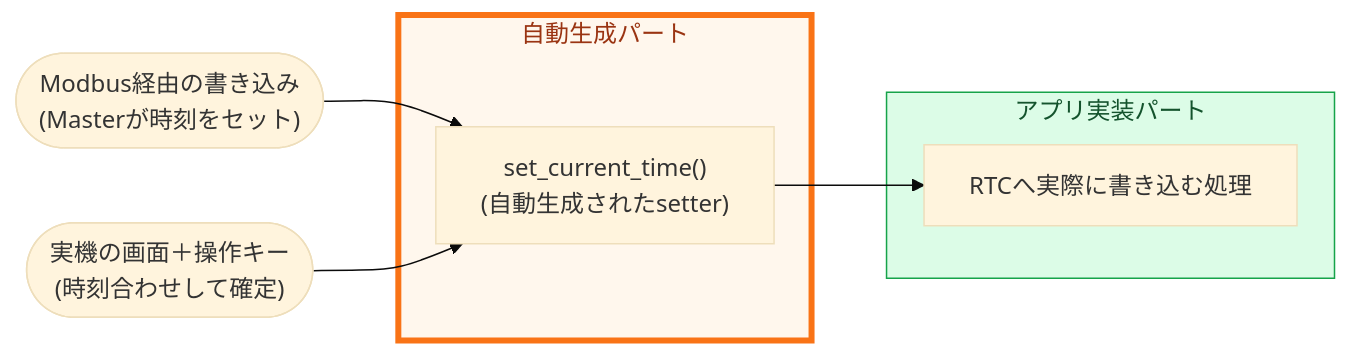
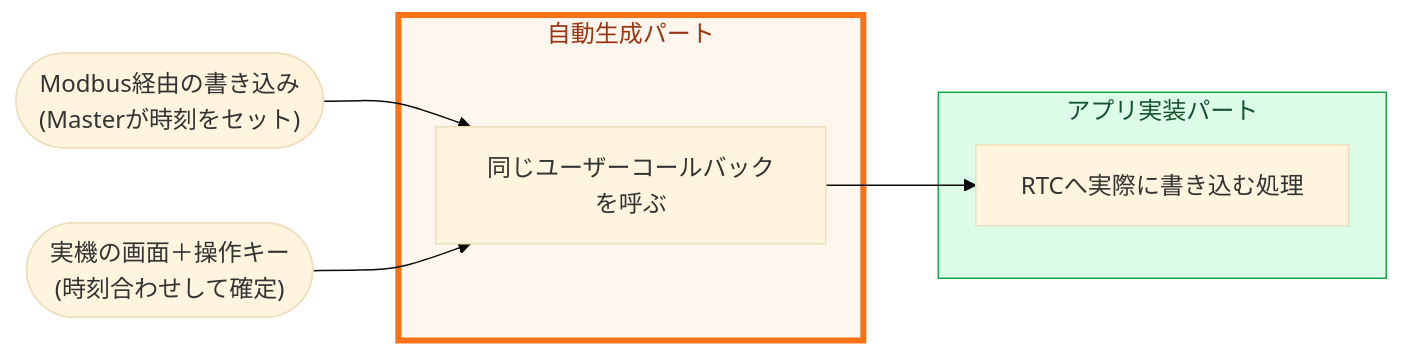
One commit to prevalmam/modbus-slave-regmap-generator changed the fifth of 10 diagrams in README.md. Above: the diagram before and after it, drawn with Mermaid (base theme). The commit also changed other lines of this file, not shown here.

````diff
--- a/README.md
+++ b/README.md
@@ -231,22 +231,22 @@
 ```mermaid
 graph LR
     A(["Modbus経由の書き込み<br/>(Masterが時刻をセット)"])
     B(["実機の画面＋操作キー<br/>(時刻合わせして確定)"])
 
     subgraph GEN["自動生成パート"]
-        S["set_current_time()<br/>(自動生成されたsetter)"]
+        CB["同じユーザーコールバックを呼ぶ"]
     end
 
     subgraph APP["アプリ実装パート"]
         C["RTCへ実際に書き込む処理"]
     end
 
-    A --> S
-    B --> S
-    S --> C
+    A --> CB
+    B --> CB
+    CB --> C
 
     classDef genPart fill:#FFF7ED,stroke:#F97316,stroke-width:4px,color:#9A3412
     classDef appPart fill:#dcfce7,stroke:#16a34a,color:#14532d
     class GEN genPart
     class APP appPart
 ```
````
